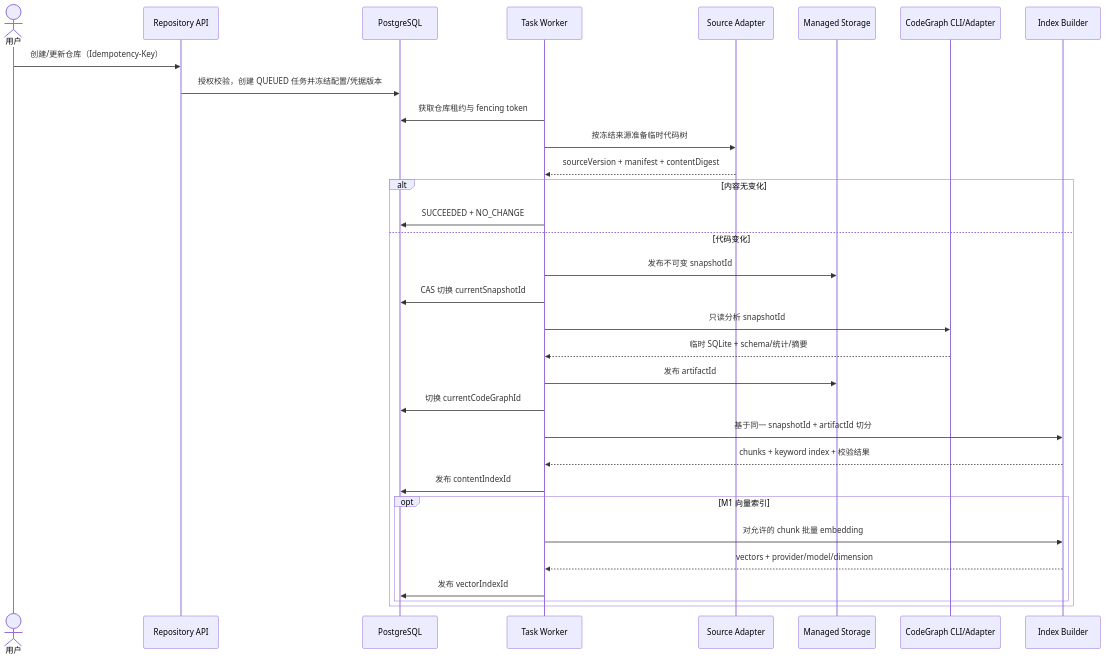
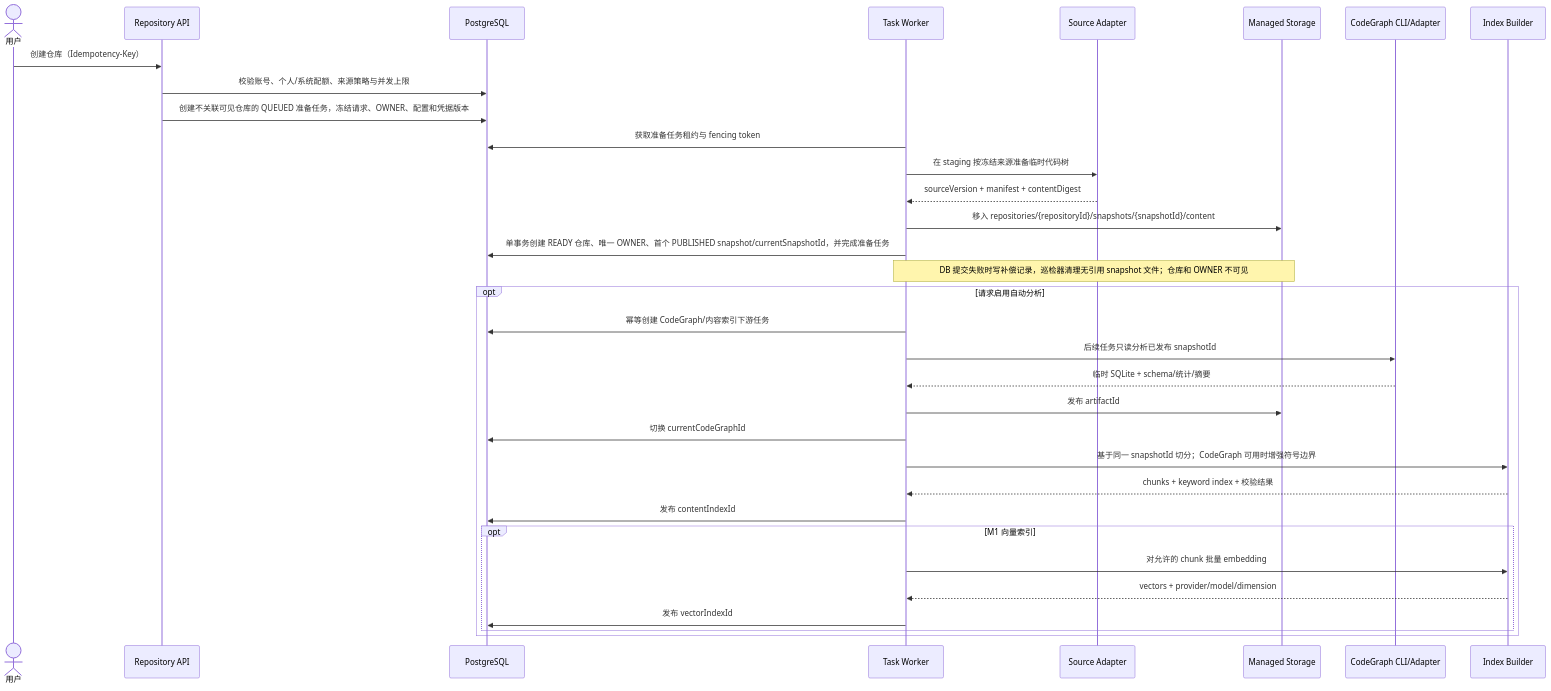
One commit to sunxiaozhi/analyzer-coder changed the fourth of 10 diagrams in docs/03-design.md. Above: the diagram before and after it, drawn with Mermaid. The commit also changed other lines of this file and 90 other files, not shown here.

````diff
--- a/docs/03-design.md
+++ b/docs/03-design.md
@@ -157,35 +159,36 @@
 ```mermaid
 sequenceDiagram
     actor U as 用户
     participant API as Repository API
     participant DB as PostgreSQL
     participant W as Task Worker
     participant SA as Source Adapter
     participant FS as Managed Storage
     participant CG as CodeGraph CLI/Adapter
     participant IDX as Index Builder
 
-    U->>API: 创建/更新仓库（Idempotency-Key）
-    API->>DB: 授权校验，创建 QUEUED 任务并冻结配置/凭据版本
-    W->>DB: 获取仓库租约与 fencing token
-    W->>SA: 按冻结来源准备临时代码树
+    U->>API: 创建仓库（Idempotency-Key）
+    API->>DB: 校验账号、个人/系统配额、来源策略与并发上限
+    API->>DB: 创建不关联可见仓库的 QUEUED 准备任务，冻结请求、OWNER、配置和凭据版本
+    W->>DB: 获取准备任务租约与 fencing token
+    W->>SA: 在 staging 按冻结来源准备临时代码树
     SA-->>W: sourceVersion + manifest + contentDigest
-    alt 内容无变化
-        W->>DB: SUCCEEDED + NO_CHANGE
-    else 代码变化
-        W->>FS: 发布不可变 snapshotId
-        W->>DB: CAS 切换 currentSnapshotId
-        W->>CG: 只读分析 snapshotId
+    W->>FS: 移入 repositories/{repositoryId}/snapshots/{snapshotId}/content
+    W->>DB: 单事务创建 READY 仓库、唯一 OWNER、首个 PUBLISHED snapshot/currentSnapshotId，并完成准备任务
+    Note over W,FS: DB 提交失败时写补偿记录，巡检器清理无引用 snapshot 文件；仓库和 OWNER 不可见
+    opt 请求启用自动分析
+        W->>DB: 幂等创建 CodeGraph/内容索引下游任务
+        W->>CG: 后续任务只读分析已发布 snapshotId
         CG-->>W: 临时 SQLite + schema/统计/摘要
         W->>FS: 发布 artifactId
         W->>DB: 切换 currentCodeGraphId
-        W->>IDX: 基于同一 snapshotId + artifactId 切分
+        W->>IDX: 基于同一 snapshotId 切分；CodeGraph 可用时增强符号边界
         IDX-->>W: chunks + keyword index + 校验结果
         W->>DB: 发布 contentIndexId
         opt M1 向量索引
             W->>IDX: 对允许的 chunk 批量 embedding
             IDX-->>W: vectors + provider/model/dimension
             W->>DB: 发布 vectorIndexId
         end
     end
 ```
````
